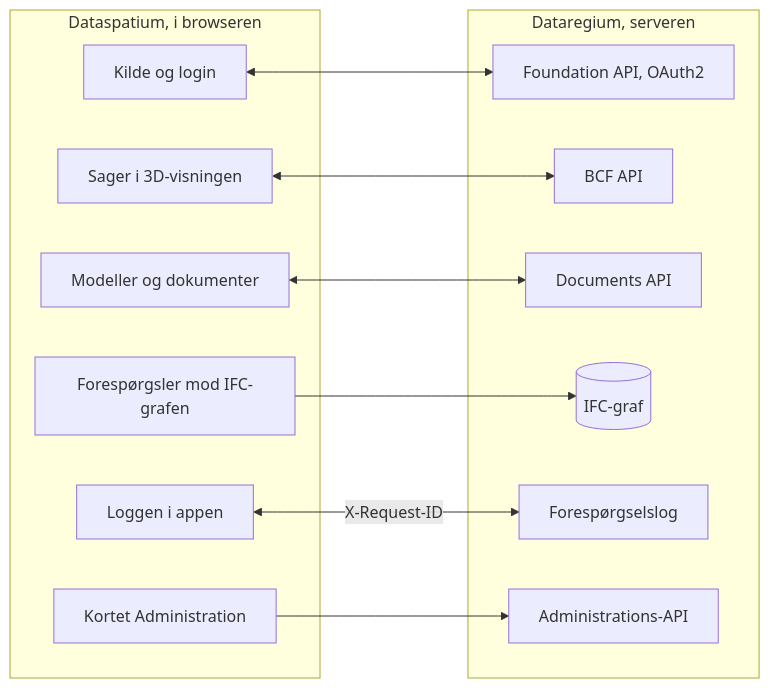
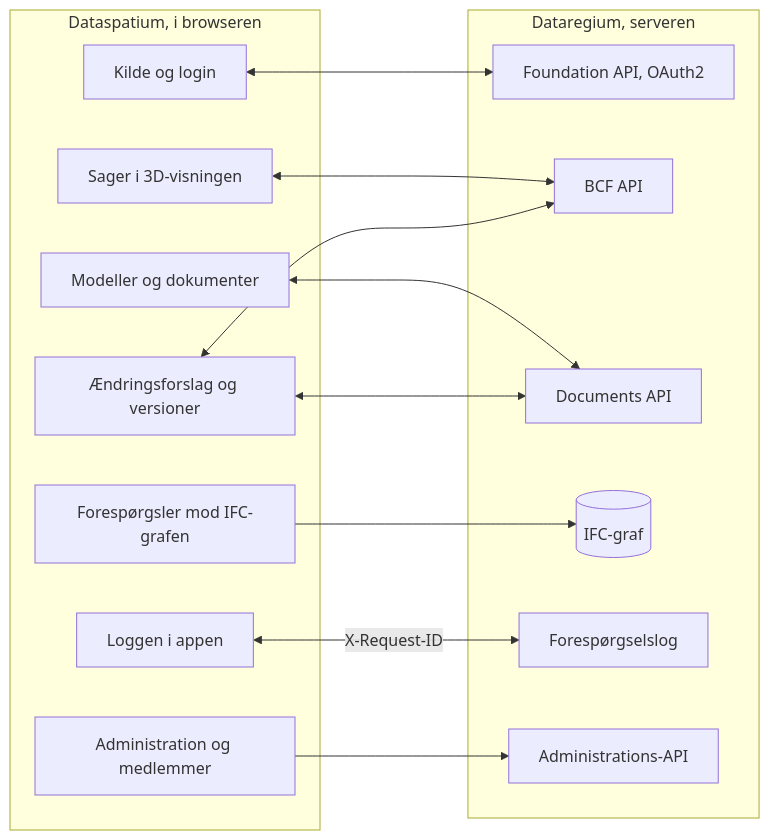
One commit to marwiss/Dataspatium changed the diagram in docs/da/README.md. Above: the diagram before and after it, drawn with Mermaid. The commit also changed other lines of this file and 6 other files, not shown here.

````diff
--- a/docs/da/README.md
+++ b/docs/da/README.md
@@ -163,25 +233,28 @@
 ```mermaid
 flowchart LR
     subgraph app ["Dataspatium, i browseren"]
         source["Kilde og login"]
         issues["Sager i 3D-visningen"]
         files["Modeller og dokumenter"]
+        changes["Ændringsforslag og versioner"]
         queries["Forespørgsler mod IFC-grafen"]
         log["Loggen i appen"]
-        admin["Kortet Administration"]
+        admin["Administration og medlemmer"]
     end
     subgraph server ["Dataregium, serveren"]
         foundation["Foundation API, OAuth2"]
         bcf["BCF API"]
         documents["Documents API"]
         ifcgraph[("IFC-graf")]
         requests["Forespørgselslog"]
         adminapi["Administrations-API"]
     end
     source <--> foundation
     issues <--> bcf
     files <--> documents
+    changes <--> bcf
+    changes <--> documents
     queries --> ifcgraph
     log <-- "X-Request-ID" --> requests
     admin --> adminapi
 ```
````
